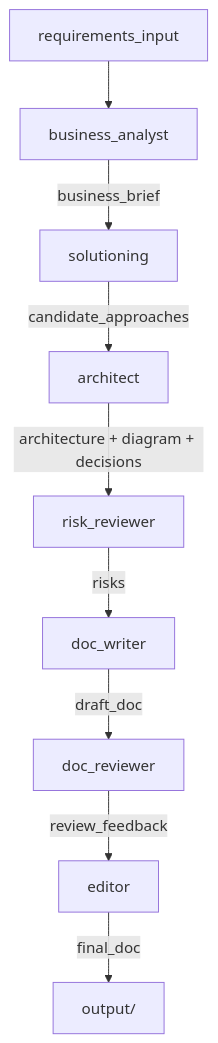
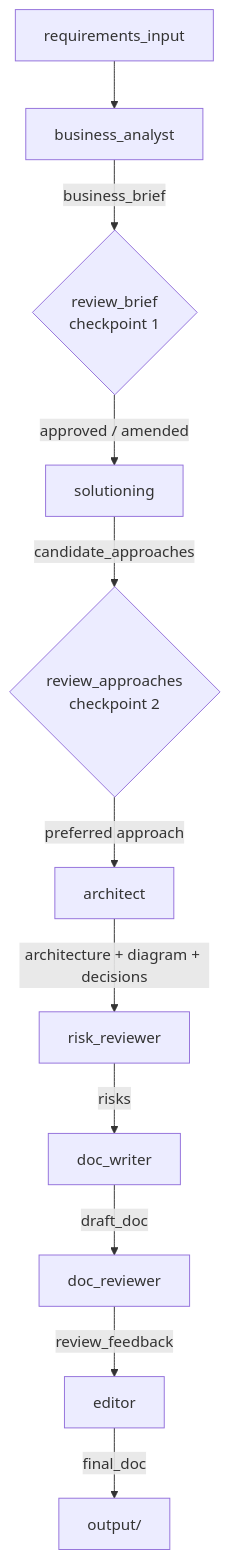
Before and after one commit to nitintoora/solution-architect-agents: the diagram in README.md, drawn with Mermaid. The commit also changed other lines of this file, not shown here.

````diff
--- a/README.md
+++ b/README.md
@@ -67,11 +72,13 @@
 ```mermaid
 flowchart TD
     A[requirements_input] --> B[business_analyst]
-    B -->|business_brief| C[solutioning]
-    C -->|candidate_approaches| D[architect]
-    D -->|architecture + diagram + decisions| E[risk_reviewer]
-    E -->|risks| F[doc_writer]
-    F -->|draft_doc| G[doc_reviewer]
-    G -->|review_feedback| H[editor]
-    H -->|final_doc| I[output/]
+    B -->|business_brief| C{review_brief\ncheckpoint 1}
+    C -->|approved / amended| D[solutioning]
+    D -->|candidate_approaches| E{review_approaches\ncheckpoint 2}
+    E -->|preferred approach| F[architect]
+    F -->|architecture + diagram + decisions| G[risk_reviewer]
+    G -->|risks| H[doc_writer]
+    H -->|draft_doc| I[doc_reviewer]
+    I -->|review_feedback| J[editor]
+    J -->|final_doc| K[output/]
 ```
````
